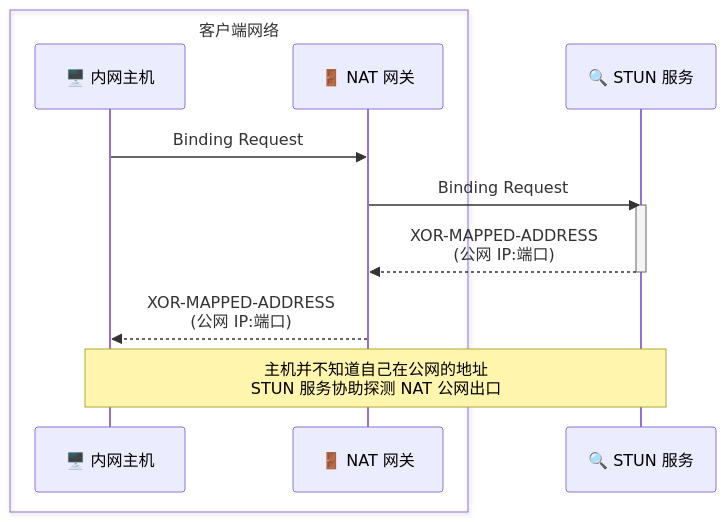
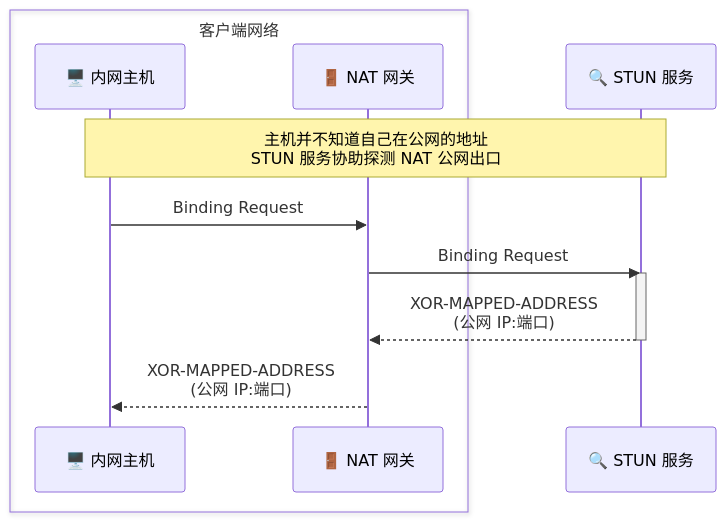
Before and after one commit to techunder/posts: the diagram in content/docs/10-rtc-intro/02-p2p.md, drawn with Mermaid. The commit also changed other lines of this file and 1 other file, not shown here.

````diff
--- a/content/docs/10-rtc-intro/02-p2p.md
+++ b/content/docs/10-rtc-intro/02-p2p.md
@@ -93,18 +93,18 @@
 ```mermaid
 sequenceDiagram
     box 客户端网络
         participant 主机 as 🖥️ 内网主机
         participant NAT as 🚪 NAT 网关
     end
+
+    Note over 主机,STUN: 主机并不知道自己在公网的地址<br/>STUN 服务协助探测 NAT 公网出口
 
     participant STUN as 🔍 STUN 服务
 
     主机->>NAT: Binding Request
     NAT->>STUN: Binding Request
     activate STUN
     STUN-->>NAT: XOR-MAPPED-ADDRESS<br/>(公网 IP:端口)
     deactivate STUN
     NAT-->>主机: XOR-MAPPED-ADDRESS<br/>(公网 IP:端口)
-
-    Note over 主机,STUN: 主机并不知道自己在公网的地址<br/>STUN 服务协助探测 NAT 公网出口
 ```
````
